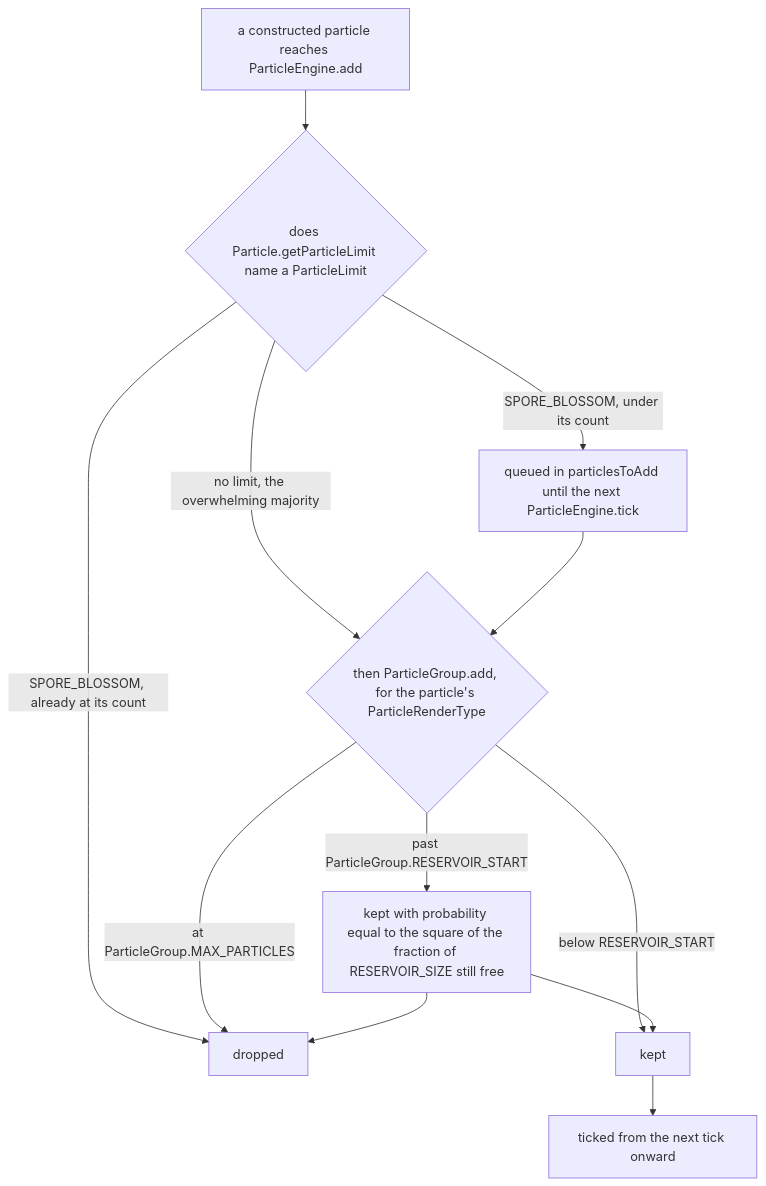
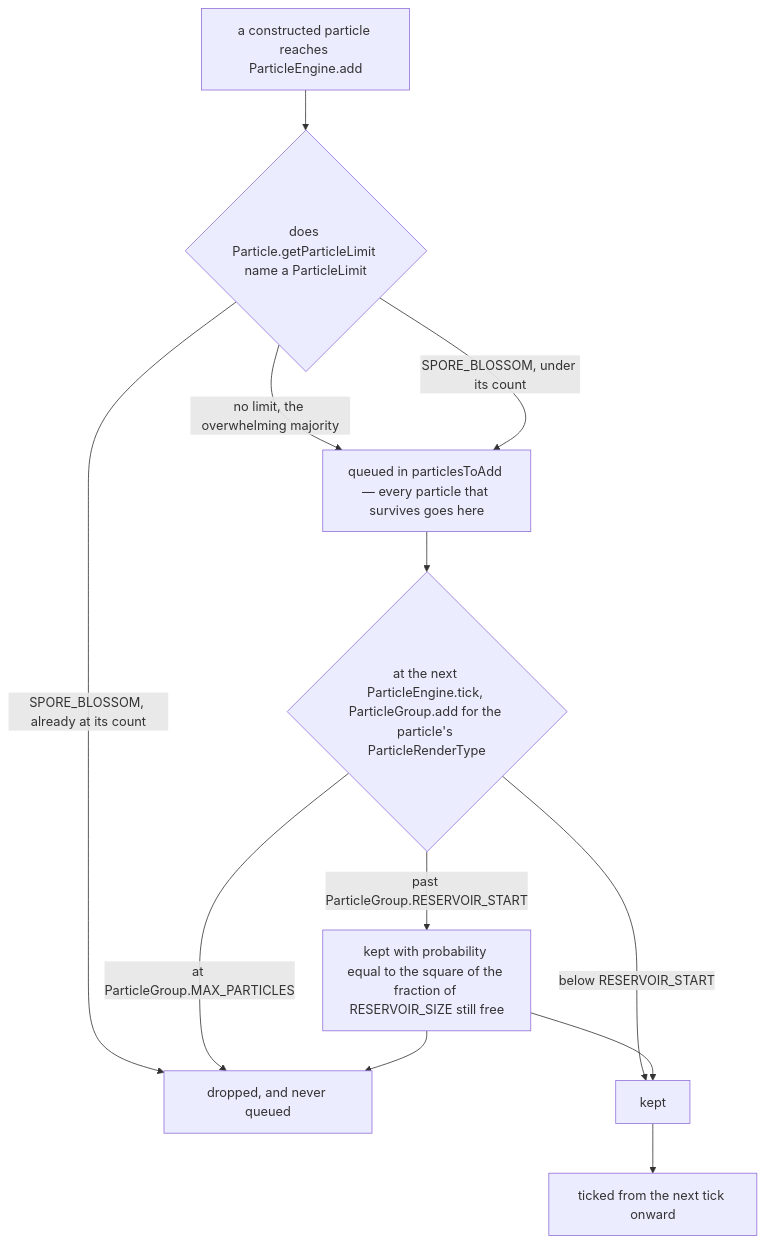
One commit to AlexanderjFraser/MinecraftDocs changed the second of 2 diagrams in src/systems/rendering/particles.md. Above: the diagram before and after it, drawn with Mermaid. The commit also changed other lines of this file and 24 other files, not shown here.

````diff
--- a/src/systems/rendering/particles.md
+++ b/src/systems/rendering/particles.md
@@ -197,14 +199,14 @@
 ```mermaid
 flowchart TD
     A["a constructed particle reaches ParticleEngine.add"] --> B{"does Particle.getParticleLimit name a ParticleLimit"}
-    B -- "no limit, the overwhelming majority" --> D
-    B -- "SPORE_BLOSSOM, already at its count" --> X["dropped"]
-    B -- "SPORE_BLOSSOM, under its count" --> Q["queued in particlesToAdd until the next ParticleEngine.tick"]
-    Q --> D{"then ParticleGroup.add, for the particle's ParticleRenderType"}
+    B -- "no limit, the overwhelming majority" --> Q
+    B -- "SPORE_BLOSSOM, already at its count" --> X["dropped, and never queued"]
+    B -- "SPORE_BLOSSOM, under its count" --> Q["queued in particlesToAdd — every particle that survives goes here"]
+    Q --> D{"at the next ParticleEngine.tick, ParticleGroup.add for the particle's ParticleRenderType"}
     D -- "at ParticleGroup.MAX_PARTICLES" --> X
     D -- "past ParticleGroup.RESERVOIR_START" --> E["kept with probability equal to the square of the fraction of RESERVOIR_SIZE still free"]
     D -- "below RESERVOIR_START" --> K["kept"]
     E --> K
     E --> X
     K --> T["ticked from the next tick onward"]
 ```
````
